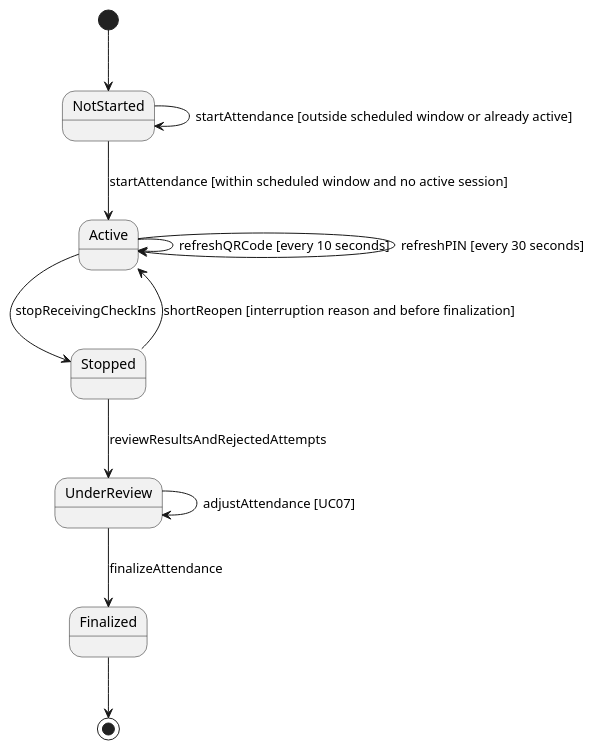
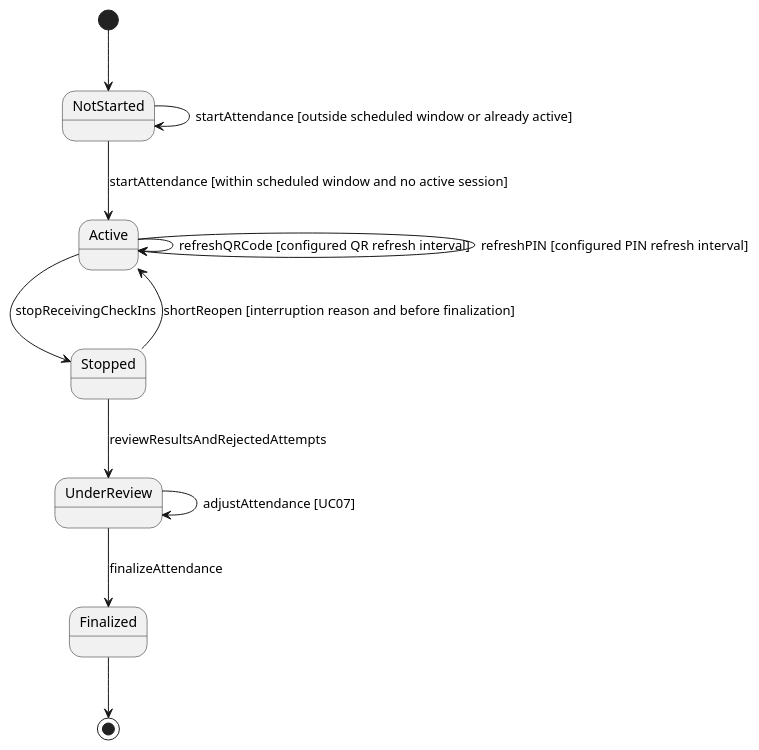
Before and after one commit to nttung42/SWD392: diagram 24 of 26 in docs/sds/2_Analysis.md, drawn with PlantUML. The commit also changed other lines of this file, not shown here.

Commit message:
tmp Contextual boundary class diagram

````diff
--- a/docs/sds/2_Analysis.md
+++ b/docs/sds/2_Analysis.md
@@ -1068,17 +1273,17 @@
 ```plantuml
 @startuml
 [*] --> NotStarted
 NotStarted --> Active : startAttendance [within scheduled window and no active session]
 NotStarted --> NotStarted : startAttendance [outside scheduled window or already active]
 
-Active --> Active : refreshQRCode [every 10 seconds]
-Active --> Active : refreshPIN [every 30 seconds]
+Active --> Active : refreshQRCode [configured QR refresh interval]
+Active --> Active : refreshPIN [configured PIN refresh interval]
 Active --> Stopped : stopReceivingCheckIns
 
 Stopped --> Active : shortReopen [interruption reason and before finalization]
 Stopped --> UnderReview : reviewResultsAndRejectedAttempts
 UnderReview --> UnderReview : adjustAttendance [UC07]
 UnderReview --> Finalized : finalizeAttendance
 Finalized --> [*]
 @enduml
 ```
````
